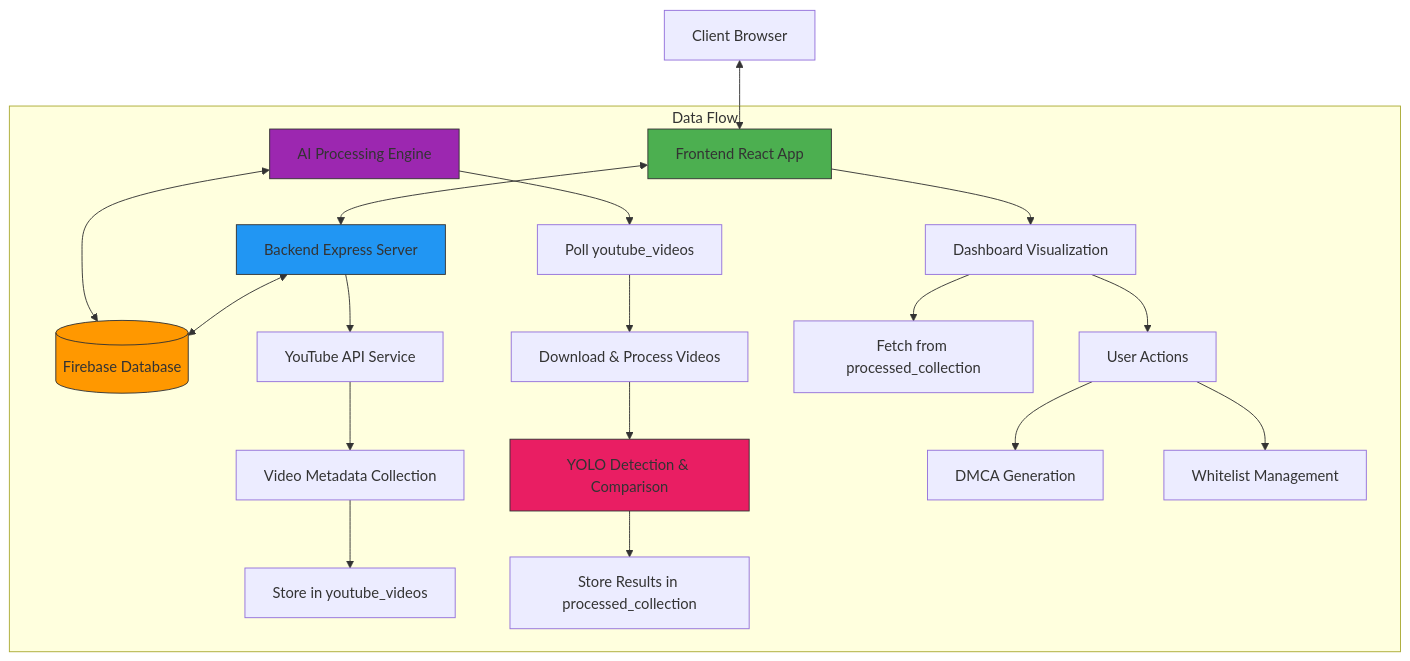
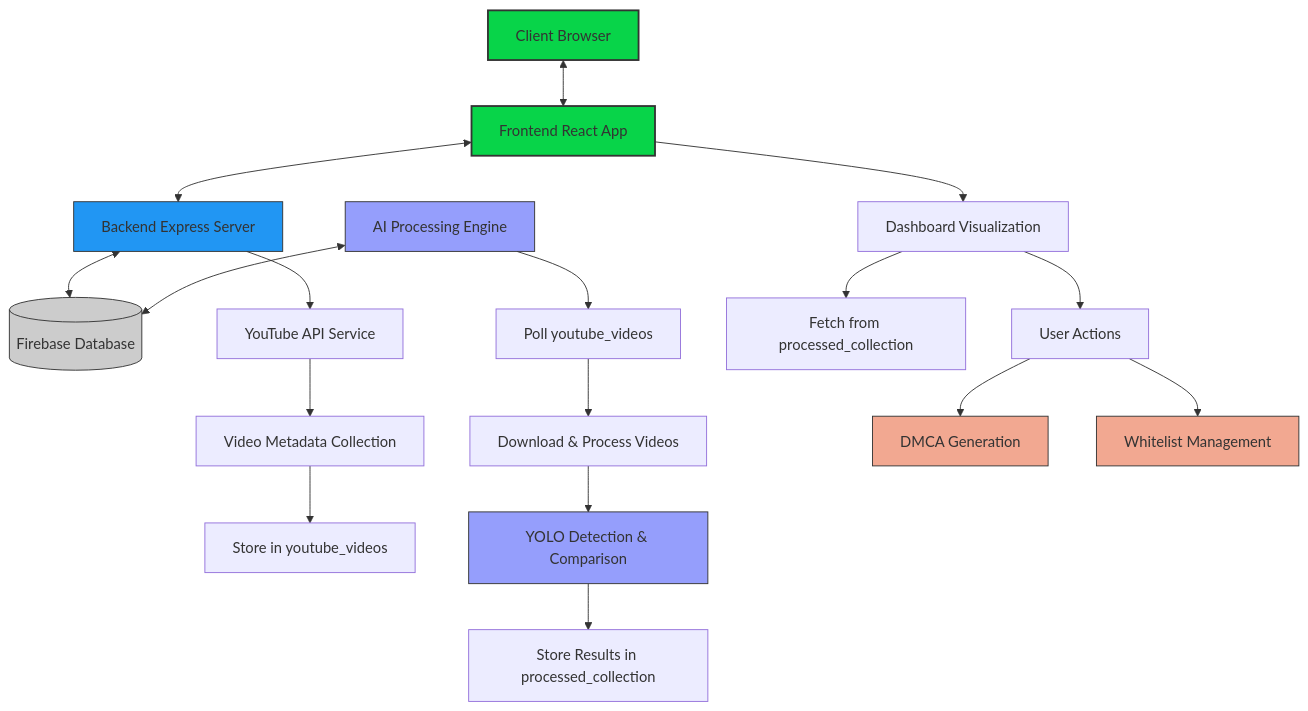
One commit to sktigpta/Gdg-Solution-Challenge changed the fifth of 7 diagrams in README.md. Above: the diagram before and after it, drawn with Mermaid. The commit also changed other lines of this file, not shown here.

````diff
--- a/README.md
+++ b/README.md
@@ -303,31 +303,35 @@
 ```mermaid
 flowchart TD
     A[Client Browser] <--> B[Frontend React App]
     
     B <--> C[Backend Express Server]
     C <--> D[(Firebase Database)]
-    
-    subgraph "Data Flow"
-        C --> E[YouTube API Service]
-        E --> F[Video Metadata Collection]
-        F --> G[Store in youtube_videos]
-        
-        H[AI Processing Engine] <--> D
-        H --> I[Poll youtube_videos]
-        I --> J[Download & Process Videos]
-        J --> K[YOLO Detection & Comparison]
-        K --> L[Store Results in processed_collection]
-        
-        B --> M[Dashboard Visualization]
-        M --> N[Fetch from processed_collection]
-        M --> O[User Actions]
-        O --> P[DMCA Generation]
-        O --> Q[Whitelist Management]
-    end
-    
-    style B fill:#4CAF50,stroke:#333,stroke-width:1px
-    style C fill:#2196F3,stroke:#333,stroke-width:1px
-    style D fill:#FF9800,stroke:#333,stroke-width:1px
-    style H fill:#9C27B0,stroke:#333,stroke-width:1px
-    style K fill:#E91E63,stroke:#333,stroke-width:1px
+
+    C --> E[YouTube API Service]
+    E --> F[Video Metadata Collection]
+    F --> G[Store in youtube_videos]
+
+    H[AI Processing Engine] <--> D
+    H --> I[Poll youtube_videos]
+    I --> J[Download & Process Videos]
+    J --> K[YOLO Detection & Comparison]
+    K --> L[Store Results in processed_collection]
+
+    B --> M[Dashboard Visualization]
+    M --> N[Fetch from processed_collection]
+    M --> O[User Actions]
+    O --> P[DMCA Generation]
+    O --> Q[Whitelist Management]
+
+    classDef main fill:#08d449,stroke:#333,stroke-width:2px
+    classDef backend fill:#2196F3,stroke:#333,stroke-width:1px
+    classDef ai fill:#959efc,stroke:#333,stroke-width:1px
+    classDef storage fill:#ccc,stroke:#333,stroke-width:1px
+    classDef external fill:#f2a891,stroke:#333,stroke-width:1px
+
+    class A,B main
+    class C backend
+    class D storage
+    class H,K ai
+    class P,Q external
 ```
````
